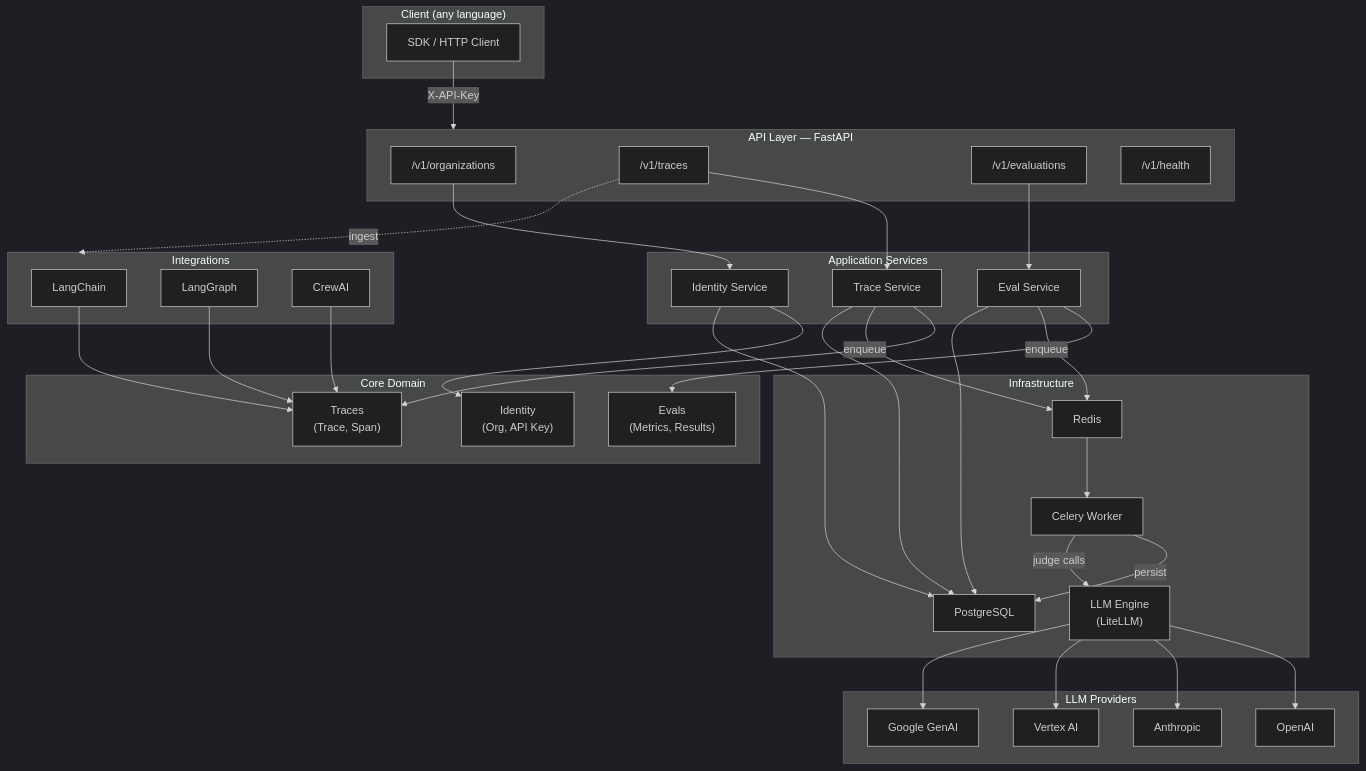
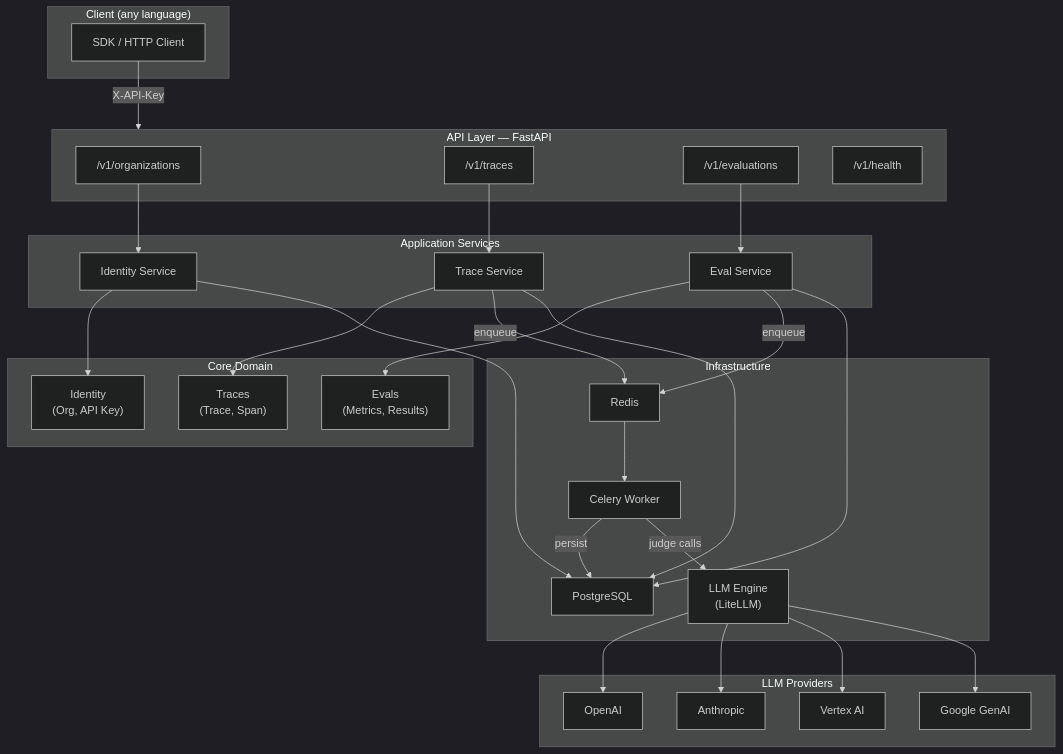
The diagram in README.md (chirpz-ai/pandaprobe), drawn with Mermaid (dark theme) before and after one commit. The commit also changed other lines of this file, not shown here.

````diff
--- a/README.md
+++ b/README.md
@@ -21,75 +21,65 @@
 ```mermaid
 flowchart TB
     subgraph Client["Client (any language)"]
         SDK["SDK / HTTP Client"]
     end
 
     subgraph API["API Layer — FastAPI"]
         R_ORG["/v1/organizations"]
         R_TRACE["/v1/traces"]
         R_EVAL["/v1/evaluations"]
         R_HEALTH["/v1/health"]
     end
 
     subgraph Services["Application Services"]
         ID_SVC["Identity Service"]
         TR_SVC["Trace Service"]
         EV_SVC["Eval Service"]
     end
 
     subgraph Core["Core Domain"]
         IDENTITY["Identity\n(Org, API Key)"]
         TRACES["Traces\n(Trace, Span)"]
         EVALS["Evals\n(Metrics, Results)"]
-    end
-
-    subgraph Integrations["Integrations"]
-        LC["LangChain"]
-        LG["LangGraph"]
-        CR["CrewAI"]
     end
 
     subgraph Infra["Infrastructure"]
         DB["PostgreSQL"]
         REDIS["Redis"]
         CELERY["Celery Worker"]
         LLM["LLM Engine\n(LiteLLM)"]
     end
 
     subgraph Providers["LLM Providers"]
         OAI["OpenAI"]
         ANT["Anthropic"]
         VTX["Vertex AI"]
         GEM["Google GenAI"]
     end
 
     SDK -->|"X-API-Key"| API
     R_ORG --> ID_SVC
     R_TRACE --> TR_SVC
     R_EVAL --> EV_SVC
 
     ID_SVC --> IDENTITY
     TR_SVC --> TRACES
     EV_SVC --> EVALS
 
     TR_SVC -->|"enqueue"| REDIS
     EV_SVC -->|"enqueue"| REDIS
     REDIS --> CELERY
 
     CELERY -->|"persist"| DB
     CELERY -->|"judge calls"| LLM
 
     LLM --> OAI
     LLM --> ANT
     LLM --> VTX
     LLM --> GEM
 
     ID_SVC --> DB
     TR_SVC --> DB
     EV_SVC --> DB
 
-    R_TRACE -.->|"ingest"| Integrations
-    LC --> TRACES
-    LG --> TRACES
-    CR --> TRACES
 ```
````
